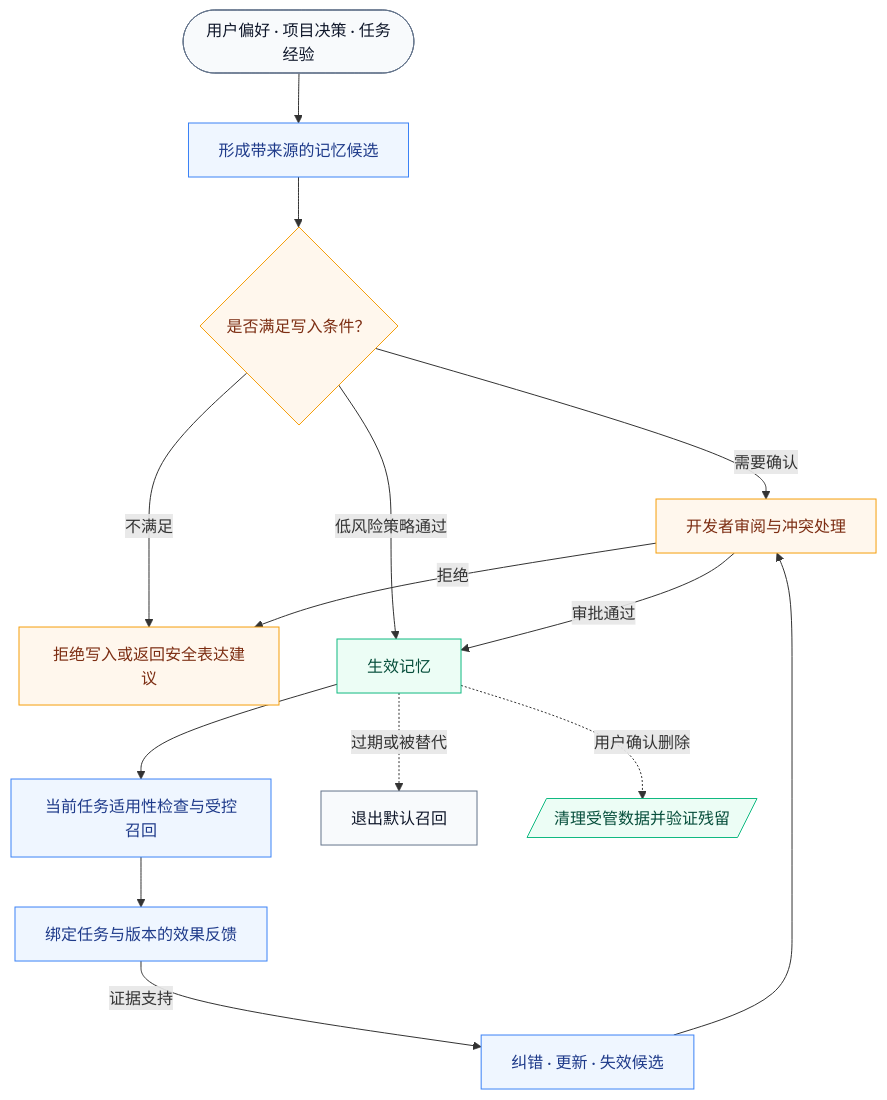
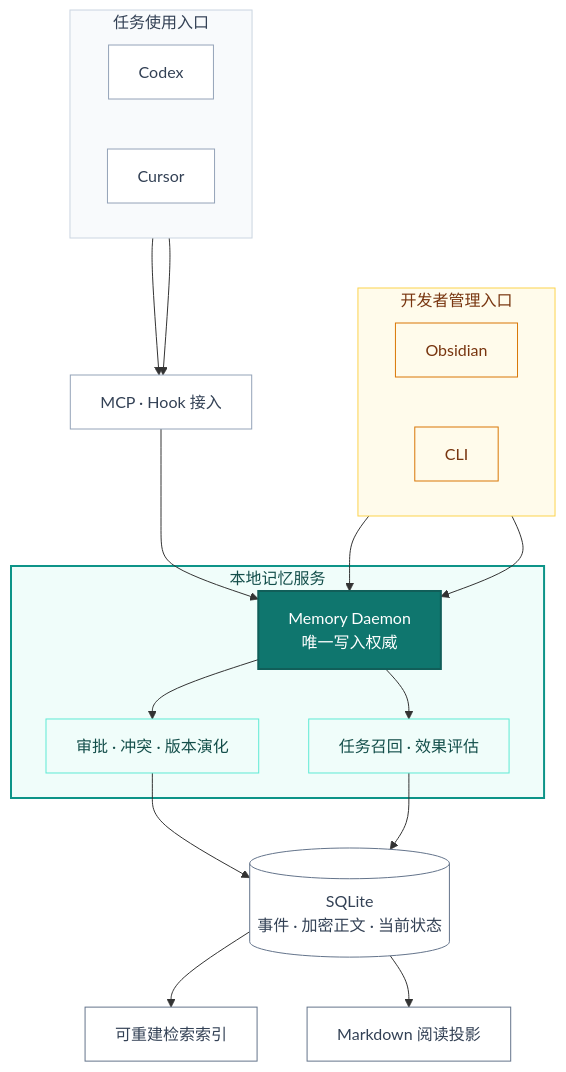
One commit to changsheng1224/agent-projects changed the first of 3 diagrams in memcontrol/README.md. Above: the diagram before and after it, drawn with Mermaid. The commit also changed other lines of this file, not shown here.

````diff
--- a/memcontrol/README.md
+++ b/memcontrol/README.md
@@ -26,26 +28,47 @@
 ```mermaid
 flowchart TB
-  S(["用户偏好 · 项目决策 · 任务经验"]) --> C["形成带来源的记忆候选"]
-  C --> G{"是否满足写入条件？"}
-  G -->|不满足| D["拒绝写入或返回安全表达建议"]
-  G -->|需要确认| R["开发者审阅与冲突处理"]
-  G -->|低风险策略通过| A["生效记忆"]
-  R -->|审批通过| A
-  R -->|拒绝| D
-  A --> U["当前任务适用性检查与受控召回"]
-  U --> F["绑定任务与版本的效果反馈"]
-  F -->|证据支持| E["纠错 · 更新 · 失效候选"]
-  E --> R
-  A -.->|过期或被替代| X["退出默认召回"]
-  A -.->|用户确认删除| P[/"清理受管数据并验证残留"/]
+  subgraph TASK["任务使用入口"]
+    direction LR
+    CODEX["Codex"]
+    CURSOR["Cursor"]
+  end
 
-  classDef source fill:#F8FAFC,stroke:#64748B,color:#0F172A
-  classDef process fill:#EFF6FF,stroke:#3B82F6,color:#1E3A8A
-  classDef review fill:#FFF7ED,stroke:#F59E0B,color:#7C2D12
-  classDef active fill:#ECFDF5,stroke:#10B981,color:#064E3B
-  class S source
-  class C,U,F,E process
-  class G,D,R review
-  class A,P active
-  class X source
+  subgraph HUMAN["开发者管理入口"]
+    direction LR
+    OBS["Obsidian"]
+    CLI["CLI"]
+  end
+
+  CODEX --> BRIDGE["MCP · Hook 接入"]
+  CURSOR --> BRIDGE
+
+  subgraph SERVICE["本地记忆服务"]
+    D["Memory Daemon<br/>唯一写入权威"]
+    G["审批 · 冲突 · 版本演化"]
+    R["任务召回 · 效果评估"]
+    D --> G
+    D --> R
+  end
+
+  BRIDGE --> D
+  OBS --> D
+  CLI --> D
+  G --> DB[("SQLite<br/>事件 · 加密正文 · 当前状态")]
+  R --> DB
+  DB --> INDEX["可重建检索索引"]
+  DB --> VIEW["Markdown 阅读投影"]
+
+  classDef client fill:#FFFFFF,stroke:#94A3B8,color:#334155
+  classDef management fill:#FFFBEB,stroke:#D97706,color:#78350F
+  classDef authority fill:#0F766E,stroke:#115E59,stroke-width:2px,color:#FFFFFF
+  classDef capability fill:#F0FDFA,stroke:#5EEAD4,color:#134E4A
+  classDef data fill:#FFFFFF,stroke:#64748B,color:#334155
+  class CODEX,CURSOR,BRIDGE client
+  class OBS,CLI management
+  class D authority
+  class G,R capability
+  class DB,INDEX,VIEW data
+  style TASK fill:#F8FAFC,stroke:#CBD5E1,color:#334155
+  style HUMAN fill:#FFFBEB,stroke:#FCD34D,color:#78350F
+  style SERVICE fill:#F0FDFA,stroke:#0D9488,stroke-width:2px,color:#134E4A
 ```
````
